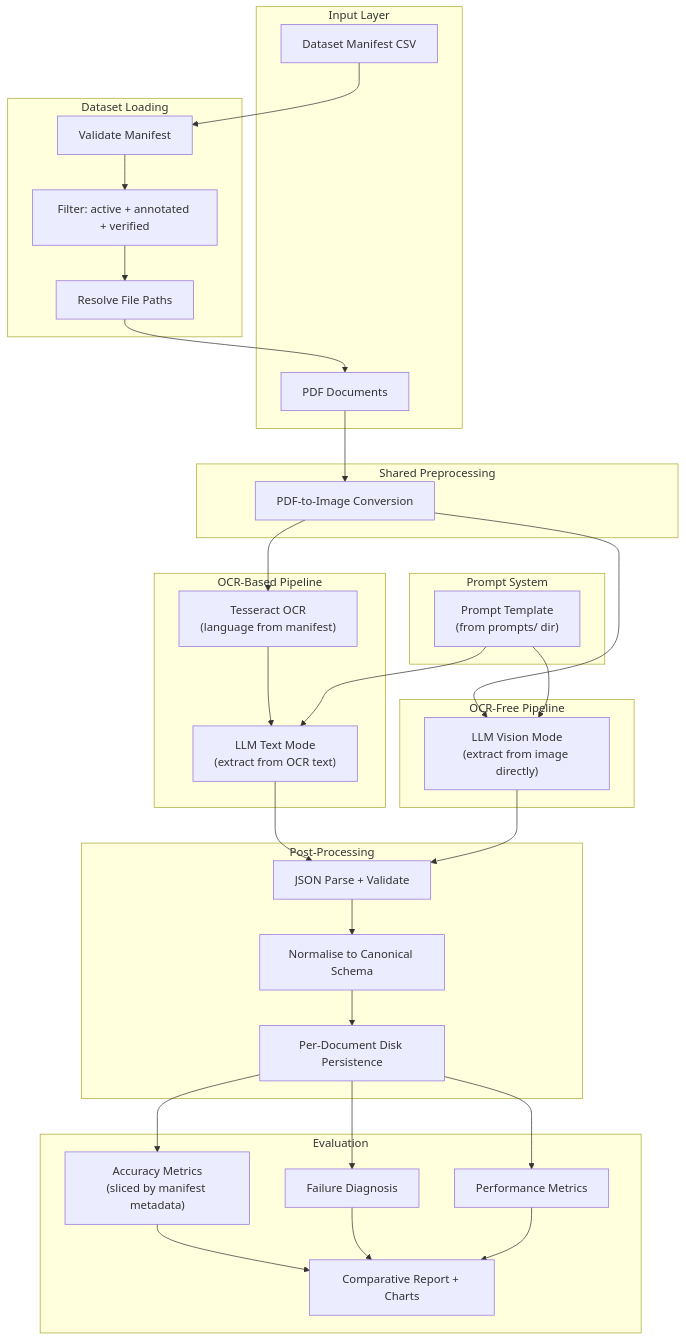
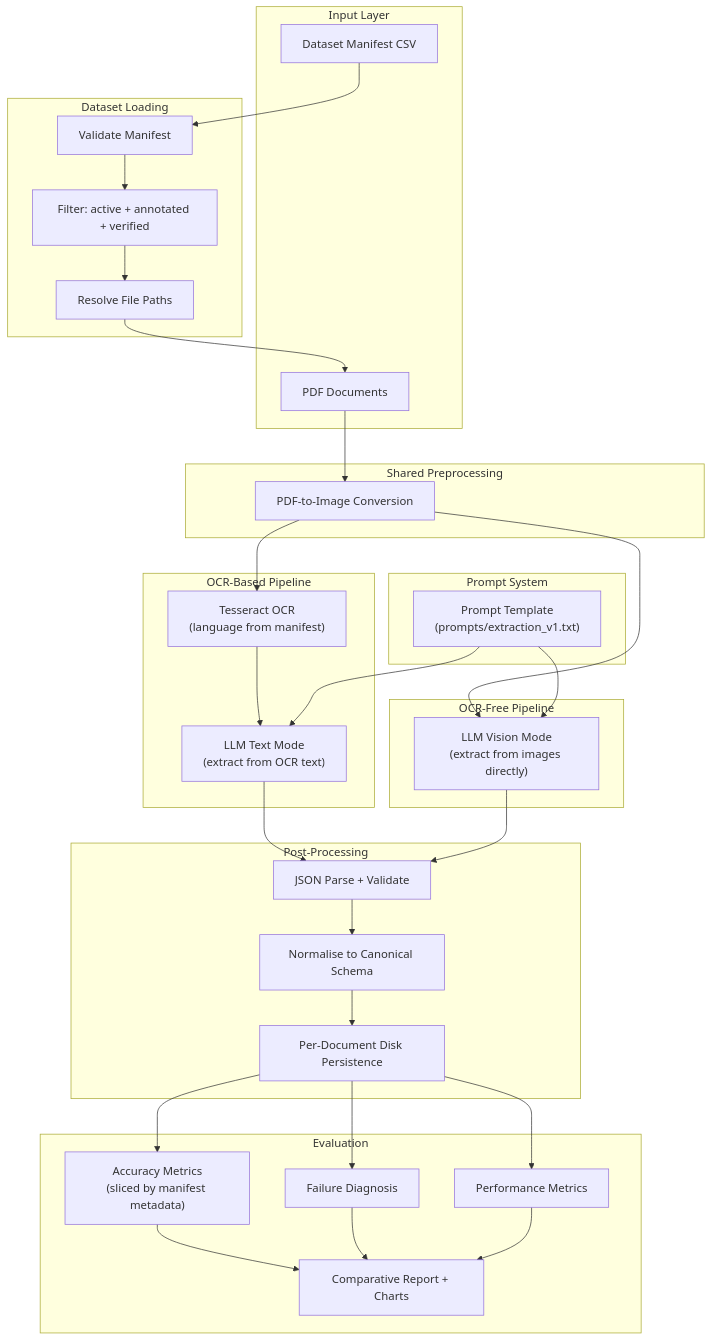
One commit to yethu24/OCR-vs-Non-OCR changed the diagram in SPEC.md. Above: the diagram before and after it, drawn with Mermaid. The commit also changed other lines of this file and 146 other files, not shown here.

````diff
--- a/SPEC.md
+++ b/SPEC.md
@@ -74,56 +74,56 @@
 ```mermaid
 flowchart TD
     subgraph input [Input Layer]
         Manifest[Dataset Manifest CSV]
         PDF[PDF Documents]
     end
 
     subgraph loader [Dataset Loading]
         Validate[Validate Manifest]
         Filter["Filter: active + annotated + verified"]
         Resolve[Resolve File Paths]
     end
 
     subgraph shared [Shared Preprocessing]
         Convert[PDF-to-Image Conversion]
     end
 
     subgraph ocrBased [OCR-Based Pipeline]
         OCR["Tesseract OCR\n(language from manifest)"]
         TextLLM["LLM Text Mode\n(extract from OCR text)"]
     end
 
     subgraph ocrFree [OCR-Free Pipeline]
-        VisionLLM["LLM Vision Mode\n(extract from image directly)"]
+        VisionLLM["LLM Vision Mode\n(extract from images directly)"]
     end
 
     subgraph prompt [Prompt System]
-        PromptFile["Prompt Template\n(from prompts/ dir)"]
+        PromptFile["Prompt Template\n(prompts/extraction_v1.txt)"]
     end
 
     subgraph postProcess [Post-Processing]
         Parse[JSON Parse + Validate]
         Normalize[Normalise to Canonical Schema]
-        Persist["Per-Document Disk Persistence"]
+        Persist[Per-Document Disk Persistence]
     end
 
     subgraph evalBlock [Evaluation]
         Metrics["Accuracy Metrics\n(sliced by manifest metadata)"]
         Diagnosis[Failure Diagnosis]
         Perf[Performance Metrics]
         Report[Comparative Report + Charts]
     end
 
     Manifest --> Validate --> Filter --> Resolve
     Resolve --> PDF --> Convert
     Convert --> OCR --> TextLLM --> Parse
     Convert --> VisionLLM --> Parse
     PromptFile --> TextLLM
     PromptFile --> VisionLLM
     Parse --> Normalize --> Persist --> Metrics
     Persist --> Diagnosis
     Persist --> Perf
     Metrics --> Report
     Diagnosis --> Report
     Perf --> Report
 ```
````
